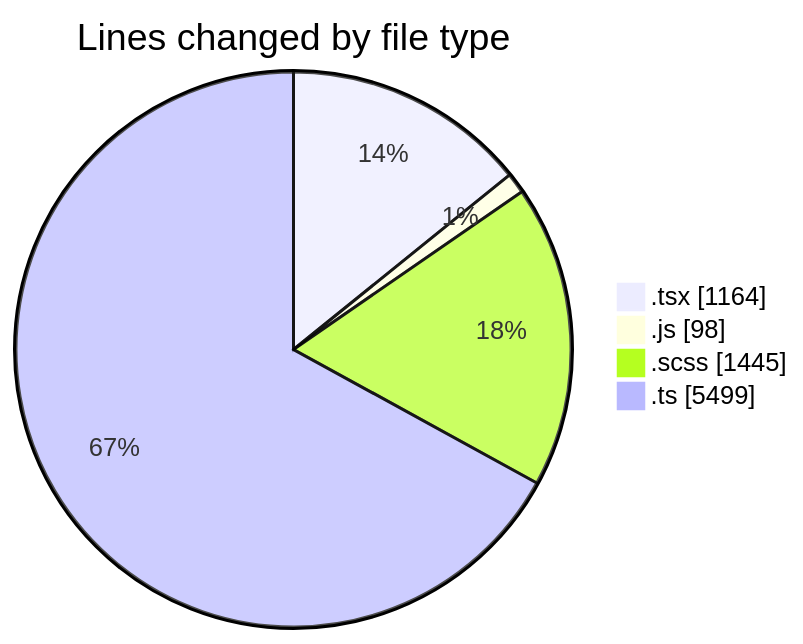
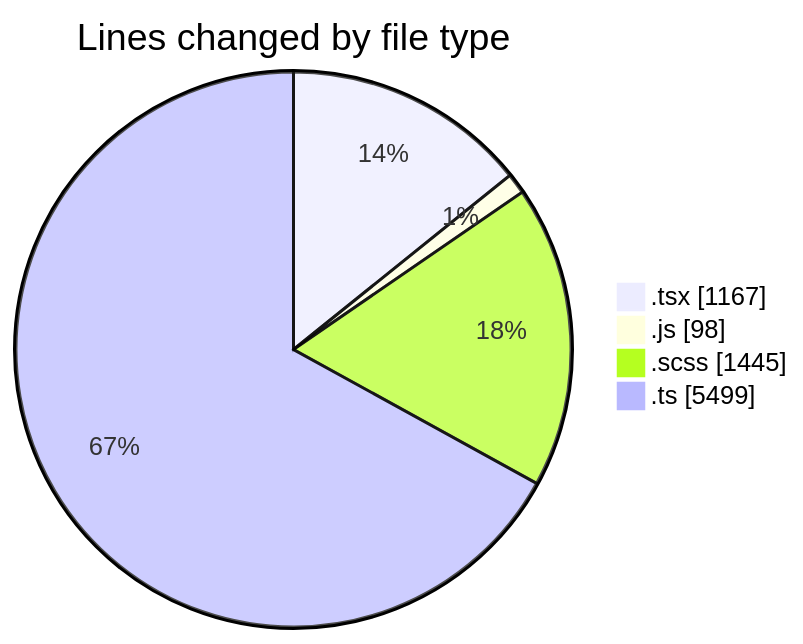
The first of 2 diagrams in 2025-03-31/cda/README.md (momahboobian/code-tracking), drawn with Mermaid before and after one commit. The commit also changed other lines of this file and 1 other file, not shown here.

````diff
--- a/2025-03-31/cda/README.md
+++ b/2025-03-31/cda/README.md
@@ -39,8 +39,8 @@
 ```mermaid
 pie showData
 title Lines changed by file type
-".tsx" : 1164
+".tsx" : 1167
 ".js" : 98
 ".scss" : 1445
 ".ts" : 5499
 ```
````
